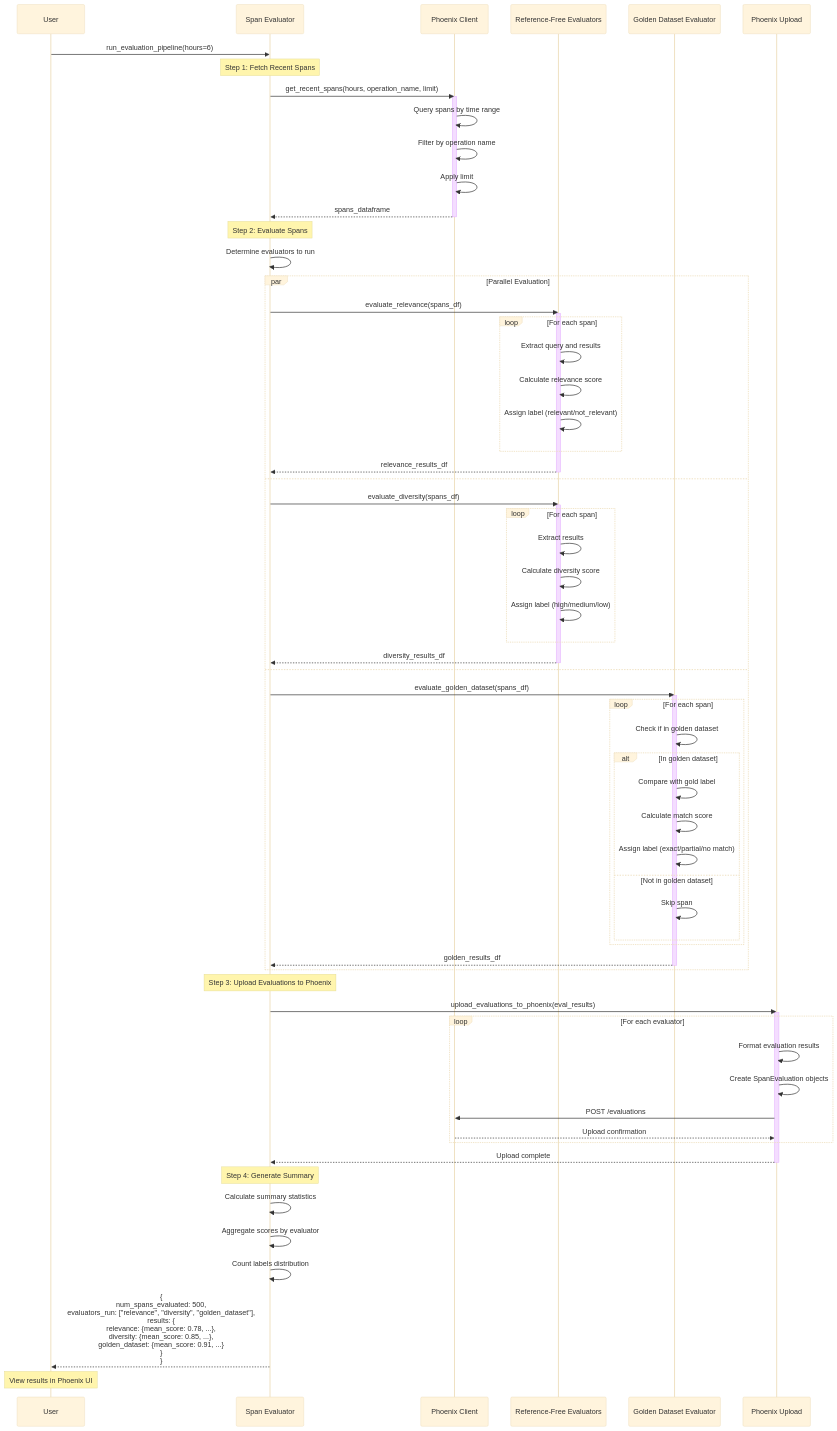
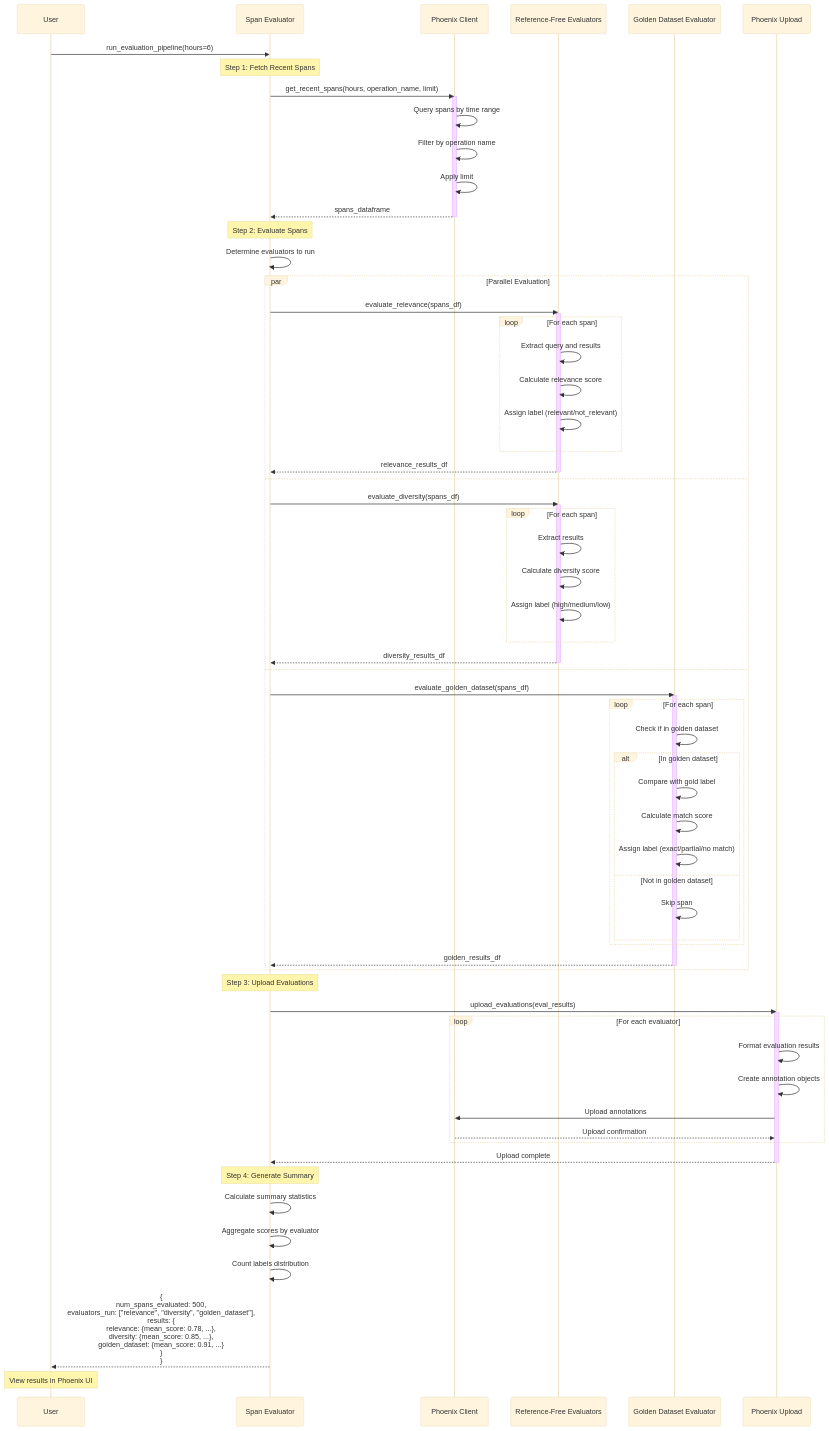
Before and after one commit to amit-jain/cogniverse: the fourth of 4 diagrams in docs/modules/evaluation.md, drawn with Mermaid (base theme). The commit also changed other lines of this file and 83 other files, not shown here.

First line of the commit message:
Fix documentation veracity, formatting, and diagrams across all modules

```diff
--- a/docs/modules/evaluation.md
+++ b/docs/modules/evaluation.md
@@ -457,14 +598,14 @@
         deactivate Golden
     end
 
-    Note over SpanEval: Step 3: Upload Evaluations to Phoenix
-    SpanEval->>Upload: upload_evaluations_to_phoenix(eval_results)
+    Note over SpanEval: Step 3: Upload Evaluations
+    SpanEval->>Upload: upload_evaluations(eval_results)
     activate Upload
 
     loop For each evaluator
         Upload->>Upload: Format evaluation results
-        Upload->>Upload: Create SpanEvaluation objects
-        Upload->>Phoenix: POST /evaluations
+        Upload->>Upload: Create annotation objects
+        Upload->>Phoenix: Upload annotations
         Phoenix-->>Upload: Upload confirmation
     end
 
```
